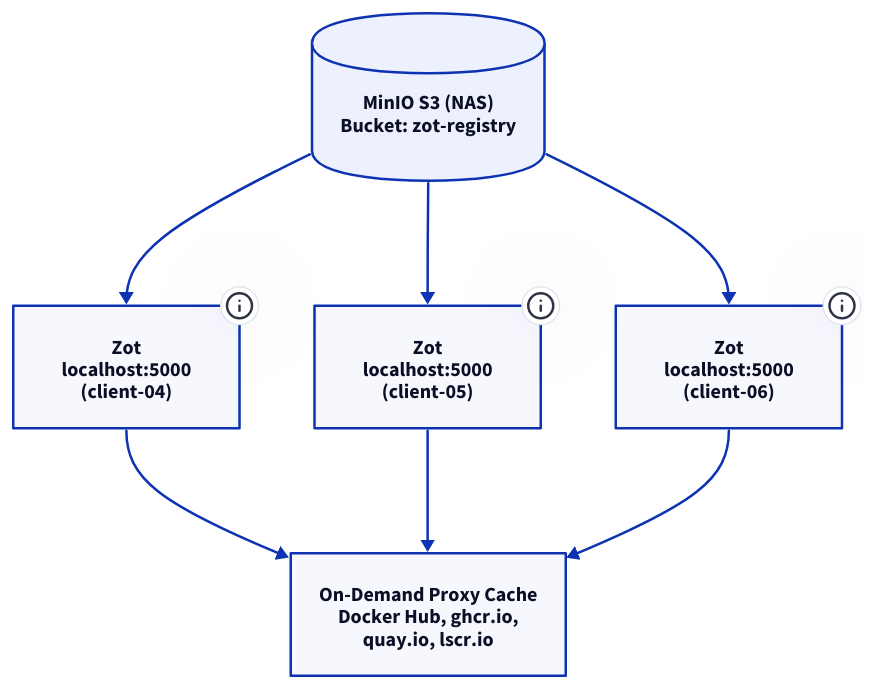
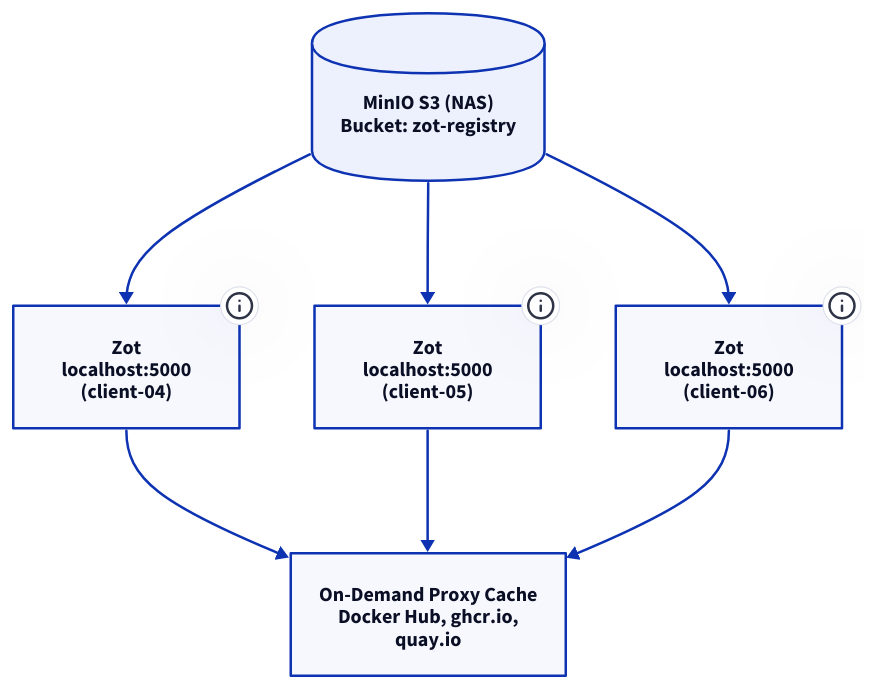
One commit to derever-labs/homelab-wiki changed the diagram in docs/docker-registry/index.md. Above: the diagram before and after it, drawn with D2. The commit also changed other lines of this file and 1 other file, not shown here.

Commit message:
docs(docker-registry,linstor): ghcr.io-Upstream, linstor-gui archiviert

````diff
--- a/docs/docker-registry/index.md
+++ b/docs/docker-registry/index.md
@@ -39,16 +39,16 @@
 ```d2
 direction: down
 
 S3: "MinIO S3 (NAS)\nBucket: zot-registry" { shape: cylinder }
 Zot1: "Zot\nlocalhost:5000\n(client-04)" { tooltip: 10.0.2.124 }
 Zot2: "Zot\nlocalhost:5000\n(client-05)" { tooltip: 10.0.2.125 }
 Zot3: "Zot\nlocalhost:5000\n(client-06)" { tooltip: 10.0.2.126 }
-Cache: "On-Demand Proxy Cache\nDocker Hub, ghcr.io,\nquay.io, lscr.io"
+Cache: "On-Demand Proxy Cache\nDocker Hub, ghcr.io,\nquay.io"
 
 S3 -> Zot1
 S3 -> Zot2
 S3 -> Zot3
 Zot1 -> Cache
 Zot2 -> Cache
 Zot3 -> Cache
 ```
````
